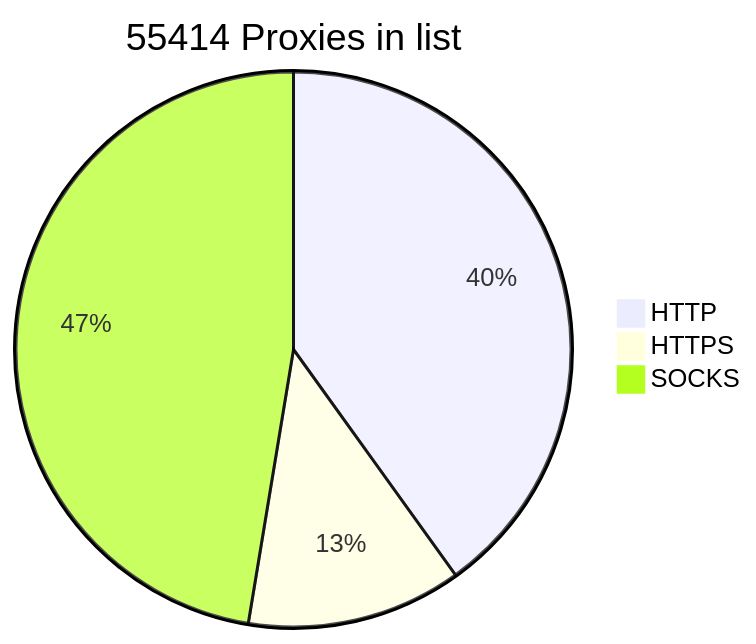
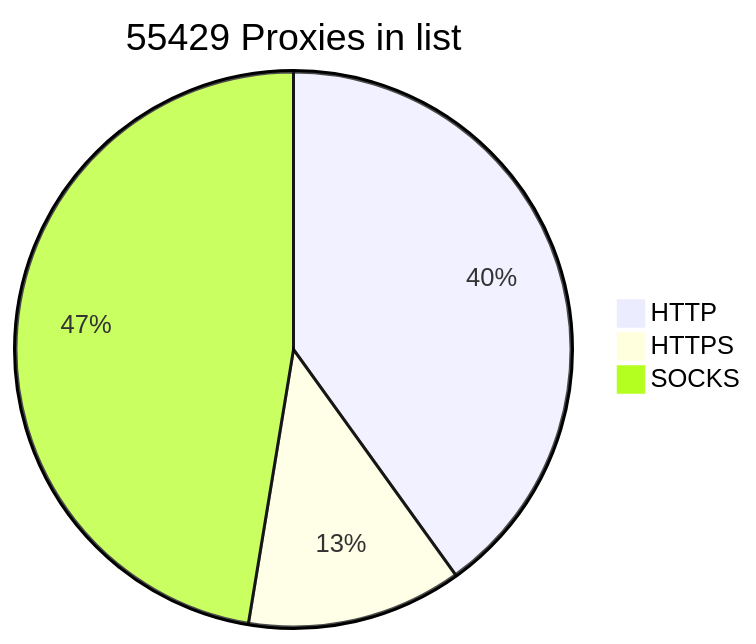
Before and after one commit to BlackSnowDot/proxylist-update-every-minute: the diagram in README.md, drawn with Mermaid.

````diff
--- a/README.md
+++ b/README.md
@@ -2,6 +2,6 @@
 ```mermaid
-pie title 55414 Proxies in list
-    "HTTP" : 24863
-    "HTTPS": 7766
-    "SOCKS" : 29397
+pie title 55429 Proxies in list
+    "HTTP" : 24864
+    "HTTPS": 7768
+    "SOCKS" : 29410
 ```
````
